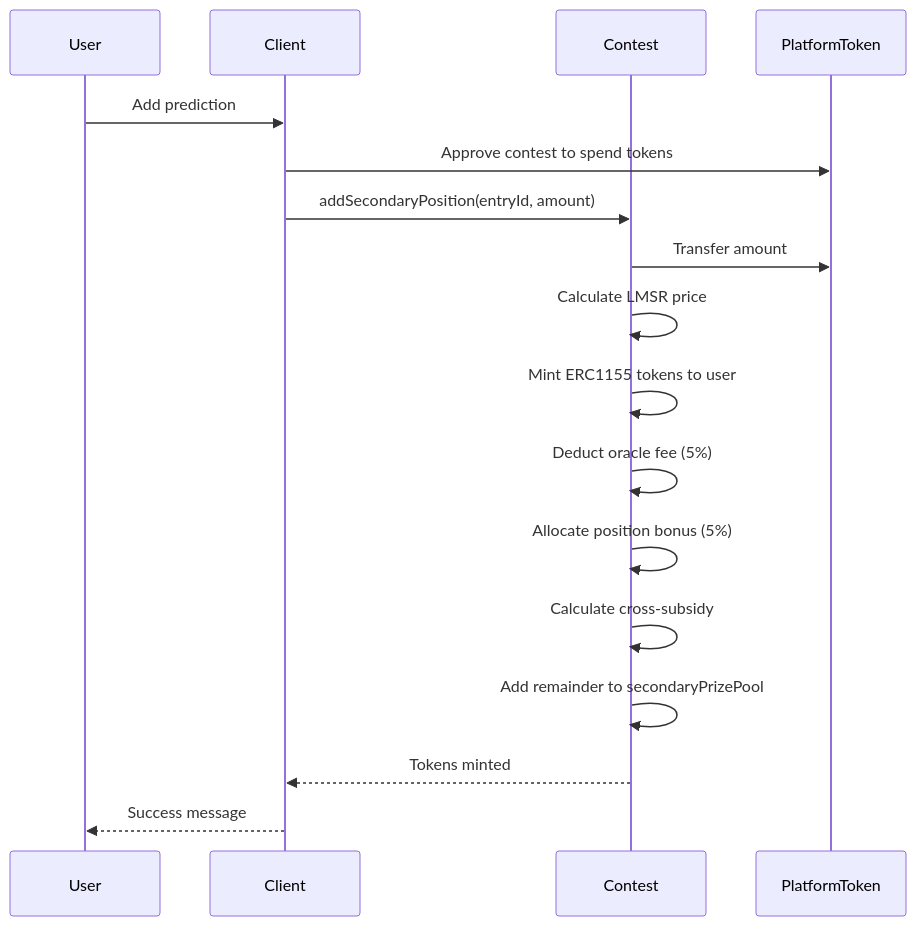
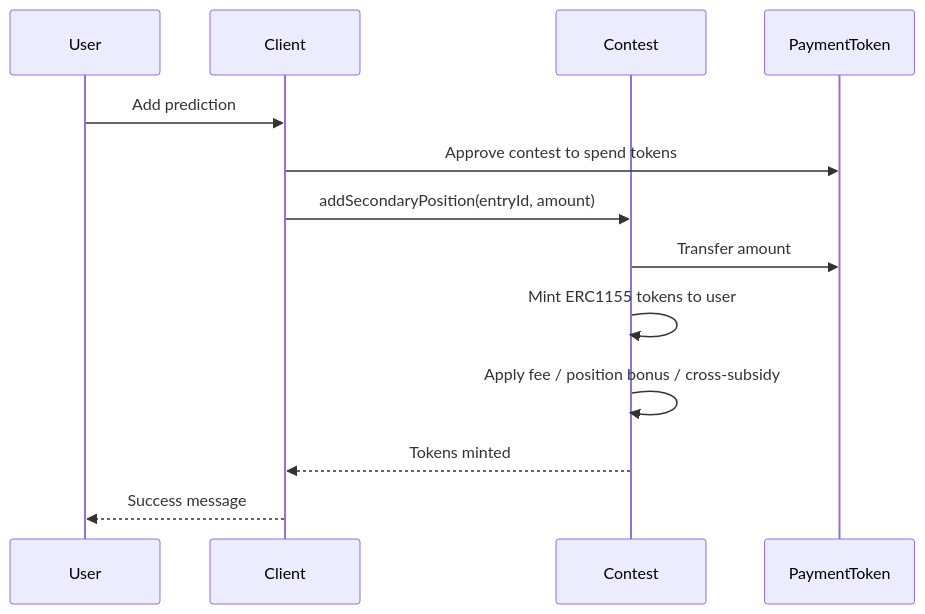
One commit to MagRelo/cut changed the second of 5 diagrams in spec/contracts/data-flow.md. Above: the diagram before and after it, drawn with Mermaid. The commit also changed other lines of this file and 33 other files, not shown here.

````diff
--- a/spec/contracts/data-flow.md
+++ b/spec/contracts/data-flow.md
@@ -26,20 +25,16 @@
 ```mermaid
 sequenceDiagram
     participant User
     participant Client
     participant Contest
-    participant PlatformToken
-    
+    participant PaymentToken
+
     User->>Client: Add prediction
-    Client->>PlatformToken: Approve contest to spend tokens
+    Client->>PaymentToken: Approve contest to spend tokens
     Client->>Contest: addSecondaryPosition(entryId, amount)
-    Contest->>PlatformToken: Transfer amount
-    Contest->>Contest: Calculate LMSR price
+    Contest->>PaymentToken: Transfer amount
     Contest->>Contest: Mint ERC1155 tokens to user
-    Contest->>Contest: Deduct oracle fee (5%)
-    Contest->>Contest: Allocate position bonus (5%)
-    Contest->>Contest: Calculate cross-subsidy
-    Contest->>Contest: Add remainder to secondaryPrizePool
+    Contest->>Contest: Apply fee / position bonus / cross-subsidy
     Contest-->>Client: Tokens minted
     Client-->>User: Success message
 ```
````
